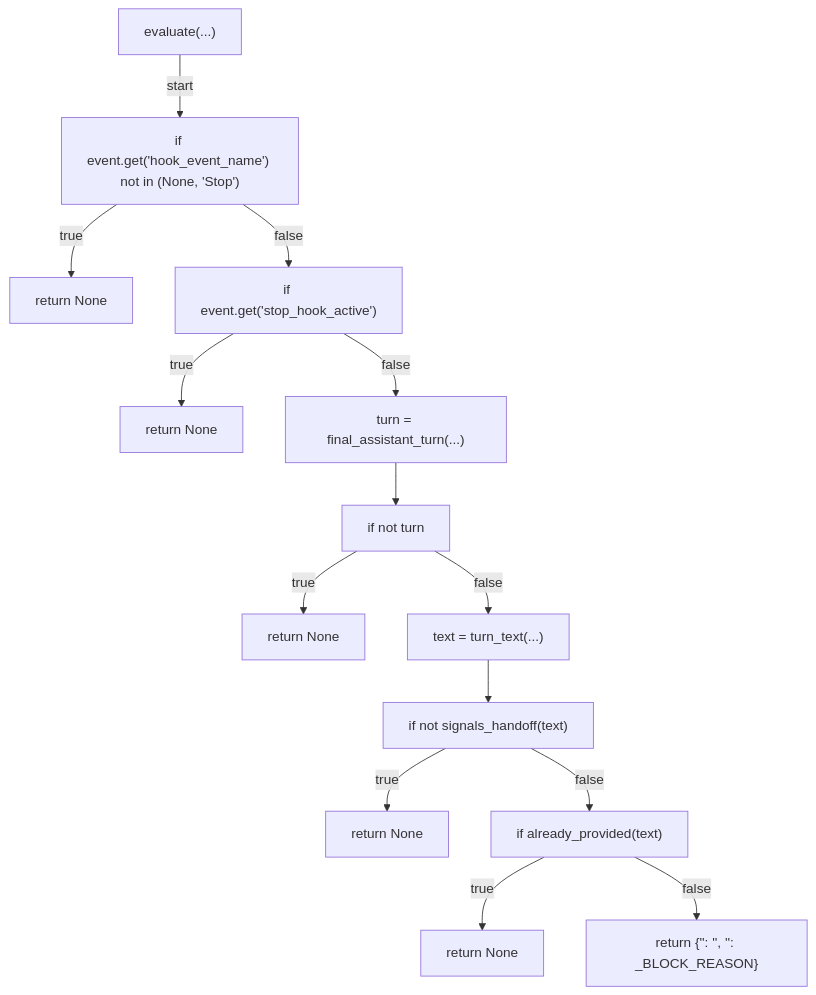
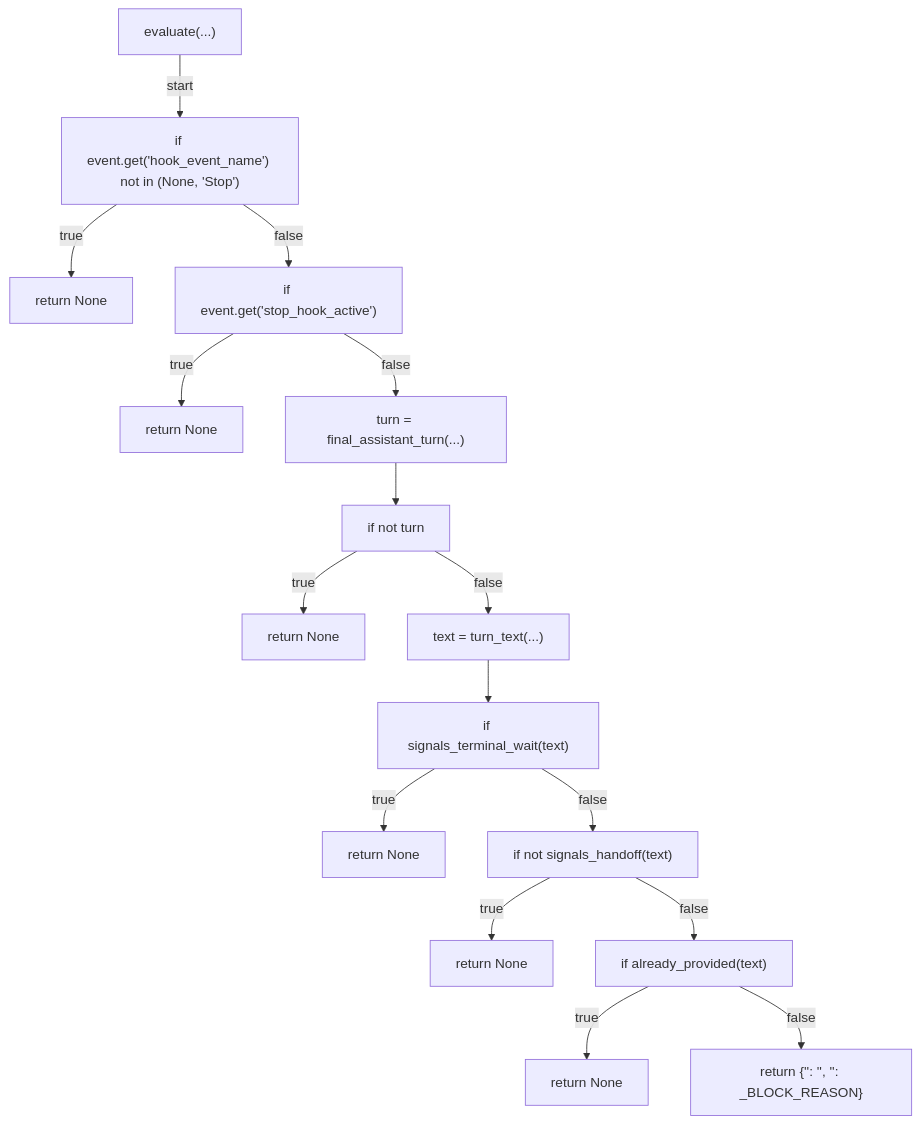
Before and after one commit to tvna/claude-md: the ninth of 11 diagrams in docs/generated/scripts/ast/stop_new_session_handoff_prompt.md, drawn with Mermaid. The commit also changed other lines of this file, not shown here.

First line of the commit message:
docs(generated): regenerate decision tree and workflow diagrams

````diff
--- a/docs/generated/scripts/ast/stop_new_session_handoff_prompt.md
+++ b/docs/generated/scripts/ast/stop_new_session_handoff_prompt.md
@@ -106,30 +128,34 @@
 ```mermaid
 flowchart TD
     N001["evaluate(...)"]
     N002["if event.get('hook_event_name') not in (None, 'Stop')"]
     N003["return None"]
     N004["if event.get('stop_hook_active')"]
     N005["return None"]
     N006["turn = final_assistant_turn(...)"]
     N007["if not turn"]
     N008["return None"]
     N009["text = turn_text(...)"]
-    N010["if not signals_handoff(text)"]
+    N010["if signals_terminal_wait(text)"]
     N011["return None"]
-    N012["if already_provided(text)"]
+    N012["if not signals_handoff(text)"]
     N013["return None"]
-    N014["return {'<str>': '<str>', '<str>': _BLOCK_REASON}"]
+    N014["if already_provided(text)"]
+    N015["return None"]
+    N016["return {'<str>': '<str>', '<str>': _BLOCK_REASON}"]
     N001 -->|"start"| N002
     N002 -->|"true"| N003
     N002 -->|"false"| N004
     N004 -->|"true"| N005
     N004 -->|"false"| N006
     N006 --> N007
     N007 -->|"true"| N008
     N007 -->|"false"| N009
     N009 --> N010
     N010 -->|"true"| N011
     N010 -->|"false"| N012
     N012 -->|"true"| N013
     N012 -->|"false"| N014
+    N014 -->|"true"| N015
+    N014 -->|"false"| N016
 ```
````
